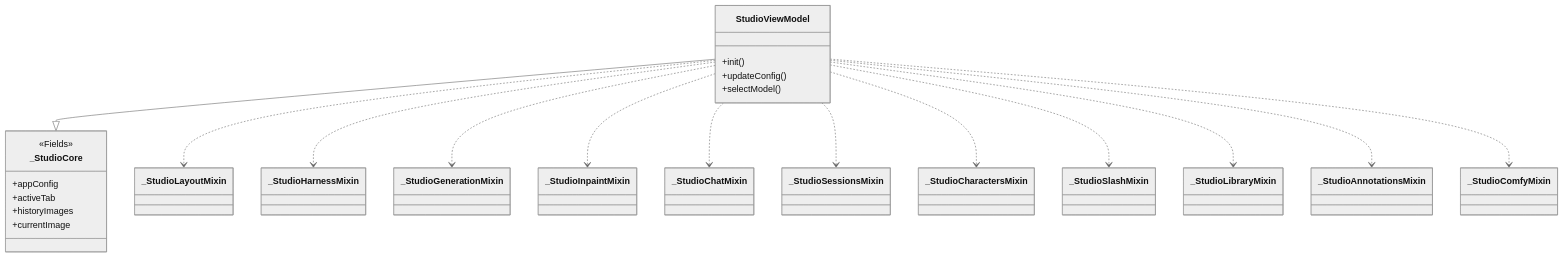
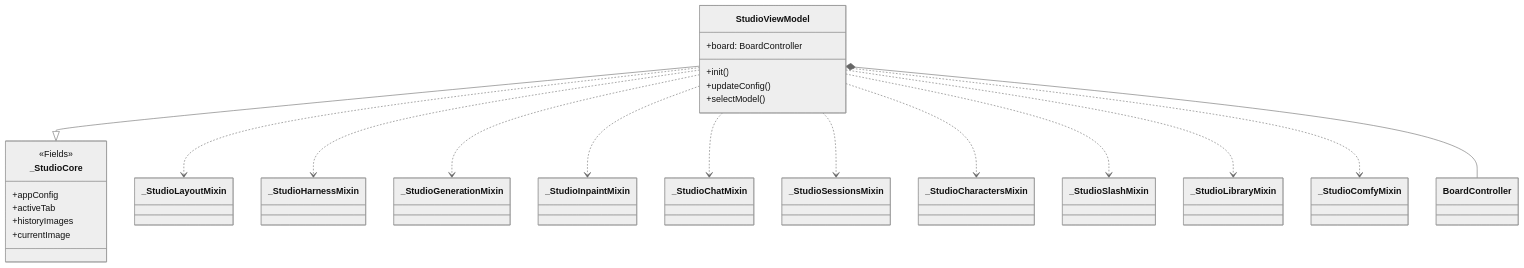
The fifth of 7 diagrams in ARCHITECTURE.md (saltysalrua/Novelai-harness), drawn with Mermaid (neutral theme) before and after one commit. The commit also changed other lines of this file and 6 other files, not shown here.

````diff
--- a/ARCHITECTURE.md
+++ b/ARCHITECTURE.md
@@ -466,39 +492,40 @@
 ```mermaid
 classDiagram
     class StudioViewModel {
         +init()
         +updateConfig()
         +selectModel()
+        +board: BoardController
     }
     class _StudioCore {
         <<Fields>>
         +appConfig
         +activeTab
         +historyImages
         +currentImage
     }
     class _StudioLayoutMixin
     class _StudioHarnessMixin
     class _StudioGenerationMixin
     class _StudioInpaintMixin
     class _StudioChatMixin
     class _StudioSessionsMixin
     class _StudioCharactersMixin
     class _StudioSlashMixin
     class _StudioLibraryMixin
-    class _StudioAnnotationsMixin
     class _StudioComfyMixin
+    class BoardController
 
     StudioViewModel --|> _StudioCore
     StudioViewModel ..> _StudioLayoutMixin
     StudioViewModel ..> _StudioHarnessMixin
     StudioViewModel ..> _StudioGenerationMixin
     StudioViewModel ..> _StudioInpaintMixin
     StudioViewModel ..> _StudioChatMixin
     StudioViewModel ..> _StudioSessionsMixin
     StudioViewModel ..> _StudioCharactersMixin
     StudioViewModel ..> _StudioSlashMixin
     StudioViewModel ..> _StudioLibraryMixin
-    StudioViewModel ..> _StudioAnnotationsMixin
     StudioViewModel ..> _StudioComfyMixin
+    StudioViewModel *-- BoardController
 ```
````
